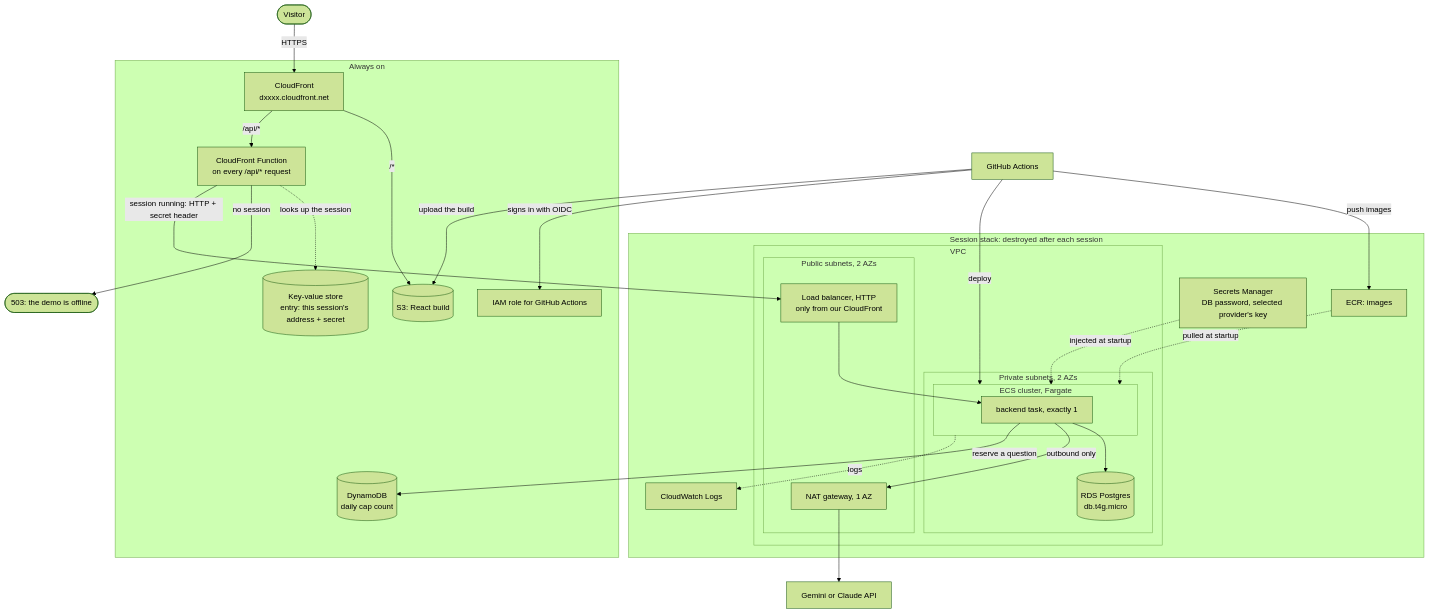
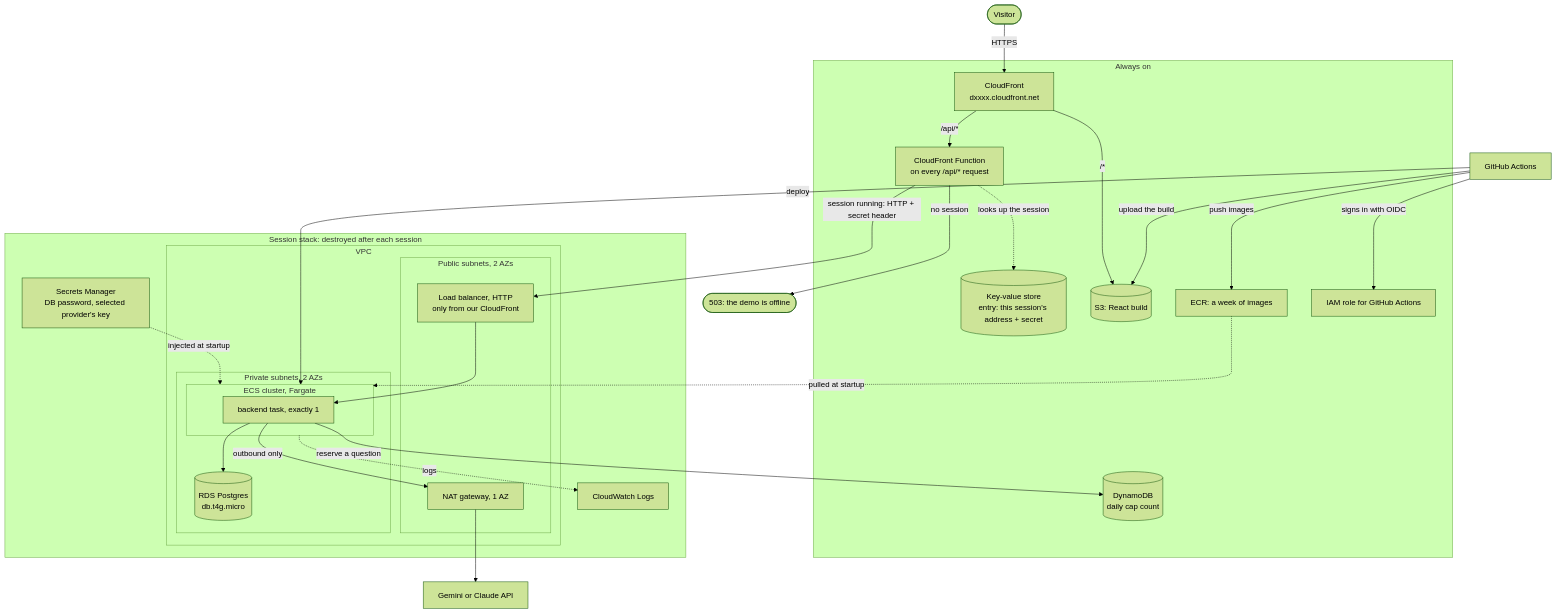
The sixth of 8 diagrams in docs/design.md (vovadyach/dashgen), drawn with Mermaid (forest theme) before and after one commit. The commit also changed other lines of this file and 12 other files, not shown here.

Commit message:
feat: move the backend's ECR repository to the always-on stack, keeping images a week (ADR-0017)

````diff
--- a/docs/design.md
+++ b/docs/design.md
@@ -278,52 +278,52 @@
 ```mermaid
 flowchart TB
     visitor(["Visitor"])
     gha["GitHub Actions"]
     model["Gemini or Claude API"]
     offline(["503: the demo is offline"])
 
     subgraph base ["Always on"]
         cf["CloudFront<br/>dxxxx.cloudfront.net"]
         fn["CloudFront Function<br/>on every /api/* request"]
         kvs[("Key-value store<br/>entry: this session's address + secret")]
         ddb[("DynamoDB<br/>daily cap count")]
         site[("S3: React build")]
+        ecr["ECR: a week of images"]
         role["IAM role for GitHub Actions"]
     end
 
     subgraph appstack ["Session stack: destroyed after each session"]
-        ecr["ECR: images"]
         secrets["Secrets Manager<br/>DB password, selected provider's key"]
         logs["CloudWatch Logs"]
         subgraph vpc ["VPC"]
             subgraph pub ["Public subnets, 2 AZs"]
                 alb["Load balancer, HTTP<br/>only from our CloudFront"]
                 nat["NAT gateway, 1 AZ"]
             end
             subgraph priv ["Private subnets, 2 AZs"]
                 subgraph ecs ["ECS cluster, Fargate"]
                     be["backend task, exactly 1"]
                 end
                 rds[("RDS Postgres<br/>db.t4g.micro")]
             end
         end
     end
 
     visitor -->|"HTTPS"| cf
     cf -->|"/*"| site
     cf -->|"/api/*"| fn
     fn -.->|"looks up the session"| kvs
     fn -->|"no session"| offline
     fn -->|"session running: HTTP + secret header"| alb
     alb --> be
     be --> rds
     be -->|"outbound only"| nat --> model
     be -->|"reserve a question"| ddb
     secrets -.->|"injected at startup"| ecs
     ecr -.->|"pulled at startup"| ecs
     ecs -.->|"logs"| logs
     gha -->|"signs in with OIDC"| role
     gha -->|"push images"| ecr
     gha -->|"deploy"| ecs
     gha -->|"upload the build"| site
 ```
````
